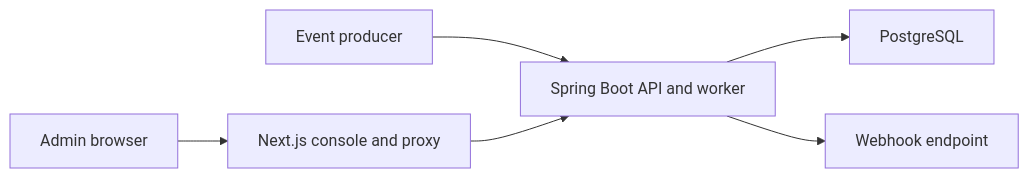
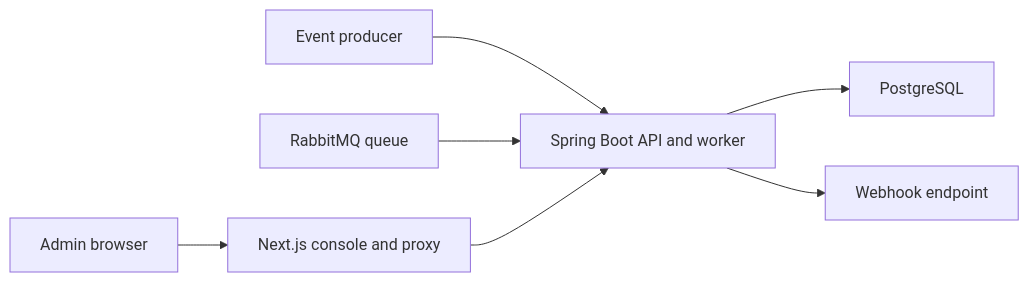
The diagram in README.md (jonbuster/tengen), drawn with Mermaid before and after one commit. The commit also changed other lines of this file and 44 other files, not shown here.

````diff
--- a/README.md
+++ b/README.md
@@ -291,8 +375,9 @@
 ```mermaid
 flowchart LR
   Admin["Admin browser"] --> Web["Next.js console and proxy"]
   Producer["Event producer"] --> App["Spring Boot API and worker"]
+  Broker["RabbitMQ queue"] --> App
   Web --> App
   App --> DB["PostgreSQL"]
   App --> Callback["Webhook endpoint"]
 ```
````
